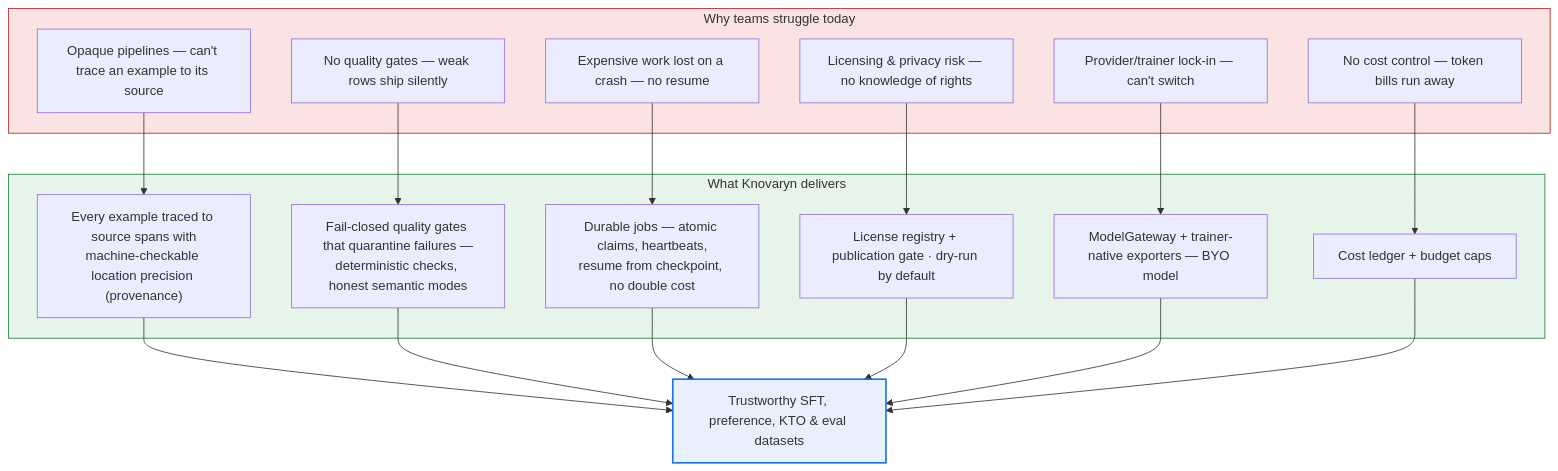
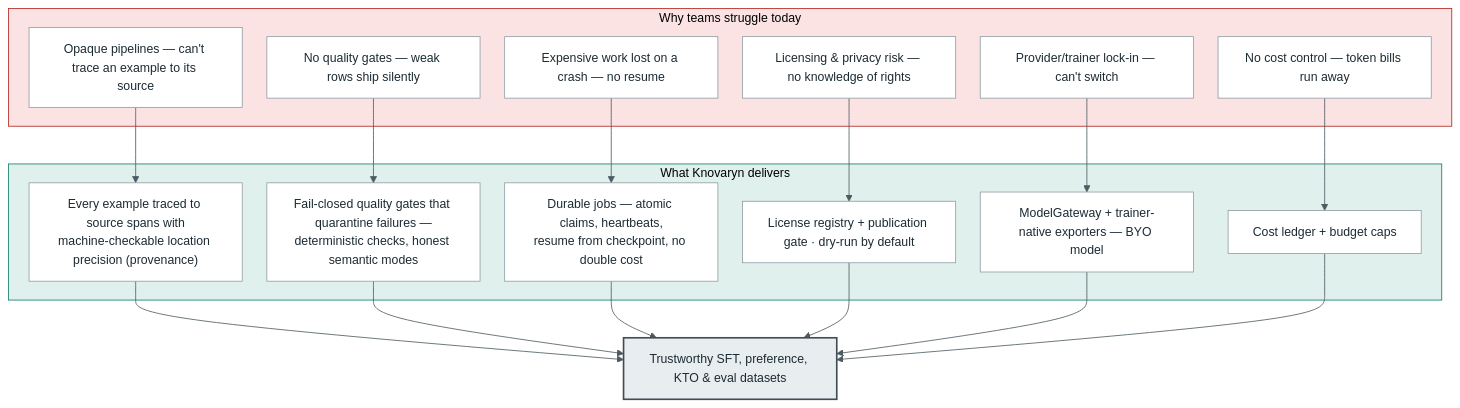
Before and after one commit to waalwalker1/knovaryn: the diagram in docs/assets/diagrams/value-proposition.mmd, drawn with Mermaid. The commit also changed 193 other files, not shown here.

First line of the commit message:
v0.2.2 public launch: brand, design system, site, benchmarks, gates (#21)

```diff
--- a/docs/assets/diagrams/value-proposition.mmd
+++ b/docs/assets/diagrams/value-proposition.mmd
@@ -1,39 +1,41 @@
 %% Knovaryn — Why it's useful (problem → value)
 %% Count-free and precision-honest per contract 6.2: no gate totals, no
 %% "page · sentence" claims the parser may not be able to back.
+%% Restyled to the brand palette (docs/design-system/tokens.css) — facts unchanged per contract §12.5/§12.6.
+%%{init: {"theme": "base", "themeVariables": {"primaryColor": "#ffffff", "primaryBorderColor": "#909ea6", "primaryTextColor": "#1c2b33", "lineColor": "#4c5b61", "clusterBkg": "#f7f6f2", "clusterBorder": "#d3dadd", "fontFamily": "-apple-system, BlinkMacSystemFont, Segoe UI, sans-serif", "fontSize": "15px"}, "flowchart": {"nodeSpacing": 30, "rankSpacing": 46}}}%%
 flowchart TD
     subgraph PAIN["Why teams struggle today"]
         P1["Opaque pipelines — can't trace an example to its source"]
         P2["No quality gates — weak rows ship silently"]
         P3["Expensive work lost on a crash — no resume"]
         P4["Licensing & privacy risk — no knowledge of rights"]
         P5["Provider/trainer lock-in — can't switch"]
         P6["No cost control — token bills run away"]
     end
 
     subgraph VALUE["What Knovaryn delivers"]
         V1["Every example traced to source spans with<br/>machine-checkable location precision (provenance)"]
         V2["Fail-closed quality gates that quarantine failures —<br/>deterministic checks, honest semantic modes"]
         V3["Durable jobs — atomic claims, heartbeats,<br/>resume from checkpoint, no double cost"]
         V4["License registry + publication gate · dry-run by default"]
         V5["ModelGateway + trainer-native exporters — BYO model"]
         V6["Cost ledger + budget caps"]
     end
 
     P1 --> V1
     P2 --> V2
     P3 --> V3
     P4 --> V4
     P5 --> V5
     P6 --> V6
 
     V1 --> OUT["Trustworthy SFT, preference, KTO & eval datasets"]
     V2 --> OUT
     V3 --> OUT
     V4 --> OUT
     V5 --> OUT
     V6 --> OUT
 
     style PAIN fill:#fbe3e3,stroke:#b3261e
-    style VALUE fill:#e6f4ea,stroke:#188038
-    style OUT fill:#e8f0fe,stroke:#1a73e8,stroke-width:2px
+    style VALUE fill:#e0f0ec,stroke:#0e7c6b
+    style OUT fill:#e8edf0,stroke:#404d55,stroke-width:2px
```
